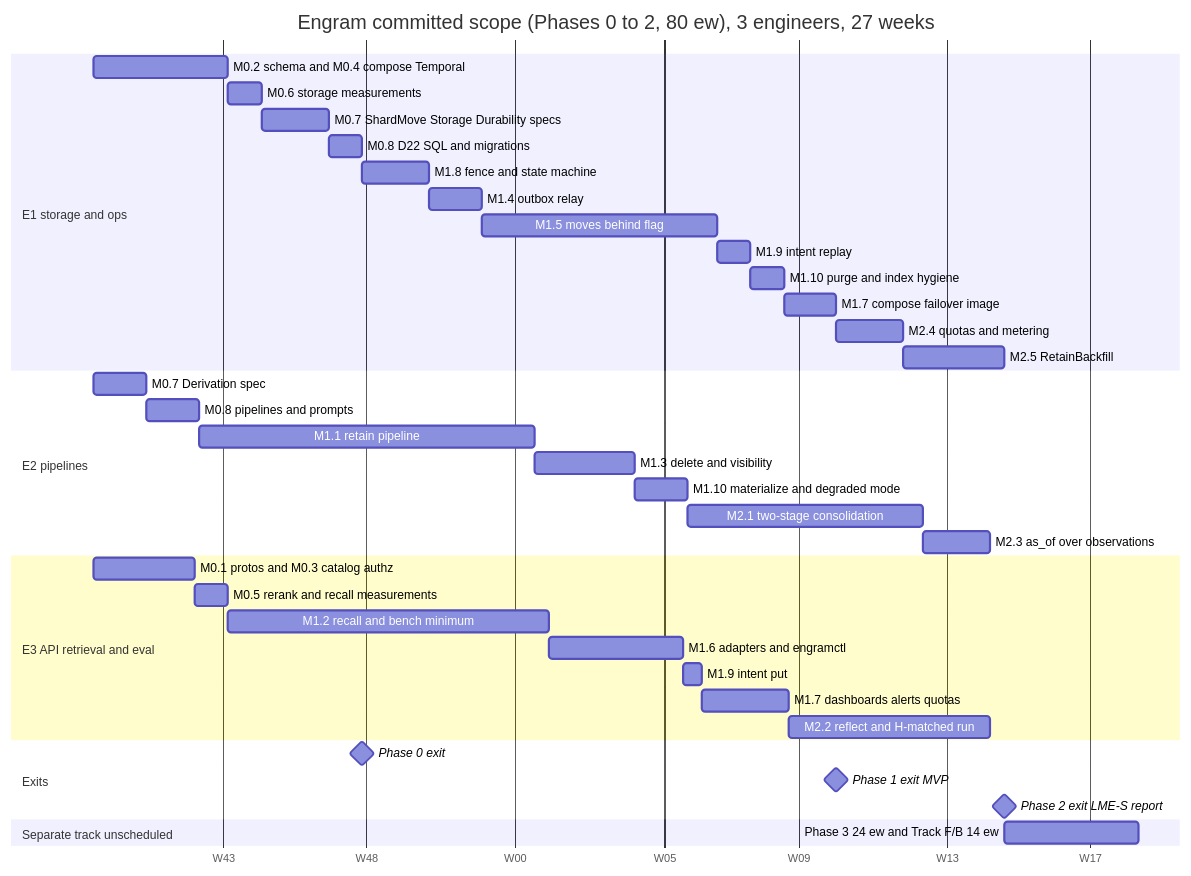
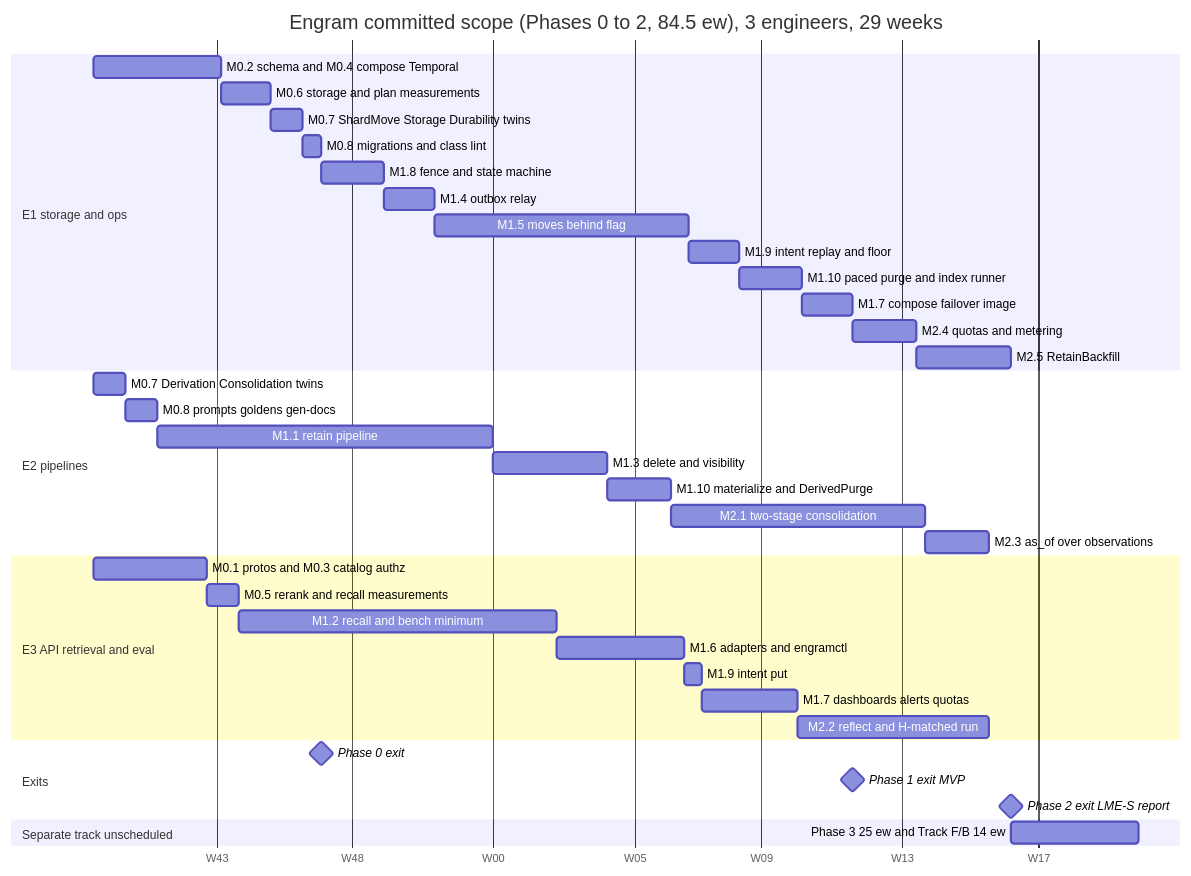
Before and after one commit to gstamatakis95/agent-memory-benchmark: the diagram in plans/engram/sections/10-roadmap.md, drawn with Mermaid. The commit also changed other lines of this file and 32 other files, not shown here.

````diff
--- a/plans/engram/sections/10-roadmap.md
+++ b/plans/engram/sections/10-roadmap.md
@@ -135,41 +126,41 @@
 ```mermaid
 gantt
-  title Engram committed scope (Phases 0 to 2, 80 ew), 3 engineers, 27 weeks
+  title Engram committed scope (Phases 0 to 2, 84.5 ew), 3 engineers, 29 weeks
   dateFormat  YYYY-MM-DD
   axisFormat  W%W
   section E1 storage and ops
   M0.2 schema and M0.4 compose Temporal  :e1a, 2026-10-05, 28d
-  M0.6 storage measurements              :e1b, after e1a, 7d
-  M0.7 ShardMove Storage Durability specs :e1c, after e1b, 14d
-  M0.8 D22 SQL and migrations            :e1d, after e1c, 7d
+  M0.6 storage and plan measurements     :e1b, after e1a, 11d
+  M0.7 ShardMove Storage Durability twins :e1c, after e1b, 7d
+  M0.8 migrations and class lint         :e1d, after e1c, 4d
   M1.8 fence and state machine           :e1e, after e1d, 14d
   M1.4 outbox relay                      :e1f, after e1e, 11d
-  M1.5 moves behind flag                 :e1g, after e1f, 49d
-  M1.9 intent replay                     :e1h, after e1g, 7d
-  M1.10 purge and index hygiene          :e1i, after e1h, 7d
+  M1.5 moves behind flag                 :e1g, after e1f, 56d
+  M1.9 intent replay and floor           :e1h, after e1g, 11d
+  M1.10 paced purge and index runner     :e1i, after e1h, 14d
   M1.7 compose failover image            :e1j, after e1i, 11d
   M2.4 quotas and metering               :e1k, after e1j, 14d
   M2.5 RetainBackfill                    :e1l, after e1k, 21d
   section E2 pipelines
-  M0.7 Derivation spec                   :e2a, 2026-10-05, 11d
-  M0.8 pipelines and prompts             :e2b, after e2a, 11d
-  M1.1 retain pipeline                   :e2c, after e2b, 70d
-  M1.3 delete and visibility             :e2d, after e2c, 21d
-  M1.10 materialize and degraded mode    :e2e, after e2d, 11d
-  M2.1 two-stage consolidation           :e2f, after e2e, 49d
+  M0.7 Derivation Consolidation twins    :e2a, 2026-10-05, 7d
+  M0.8 prompts goldens gen-docs          :e2b, after e2a, 7d
+  M1.1 retain pipeline                   :e2c, after e2b, 74d
+  M1.3 delete and visibility             :e2d, after e2c, 25d
+  M1.10 materialize and DerivedPurge     :e2e, after e2d, 14d
+  M2.1 two-stage consolidation           :e2f, after e2e, 56d
   M2.3 as_of over observations           :e2g, after e2f, 14d
   section E3 API retrieval and eval
-  M0.1 protos and M0.3 catalog authz     :e3a, 2026-10-05, 21d
+  M0.1 protos and M0.3 catalog authz     :e3a, 2026-10-05, 25d
   M0.5 rerank and recall measurements    :e3b, after e3a, 7d
-  M1.2 recall and bench minimum          :e3c, after e3b, 67d
+  M1.2 recall and bench minimum          :e3c, after e3b, 70d
   M1.6 adapters and engramctl            :e3d, after e3c, 28d
   M1.9 intent put                        :e3e, after e3d, 4d
-  M1.7 dashboards alerts quotas          :e3f, after e3e, 18d
+  M1.7 dashboards alerts quotas          :e3f, after e3e, 21d
   M2.2 reflect and H-matched run         :e3g, after e3f, 42d
   section Exits
   Phase 0 exit                           :milestone, after e1d, 0d
   Phase 1 exit MVP                       :milestone, after e1j, 0d
   Phase 2 exit LME-S report              :milestone, after e1l, 0d
   section Separate track unscheduled
-  Phase 3 24 ew and Track F/B 14 ew      :sep, after e1l, 28d
+  Phase 3 25 ew and Track F/B 14 ew      :sep, after e1l, 28d
 ```
````
